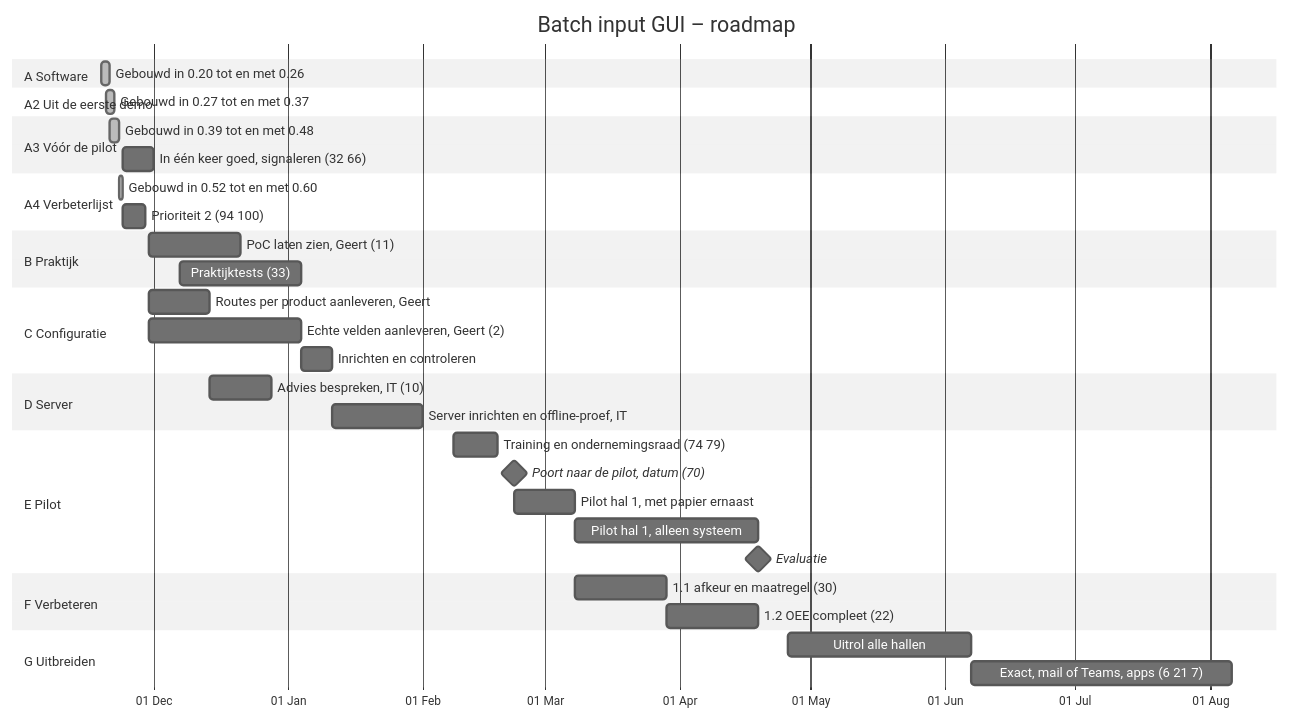
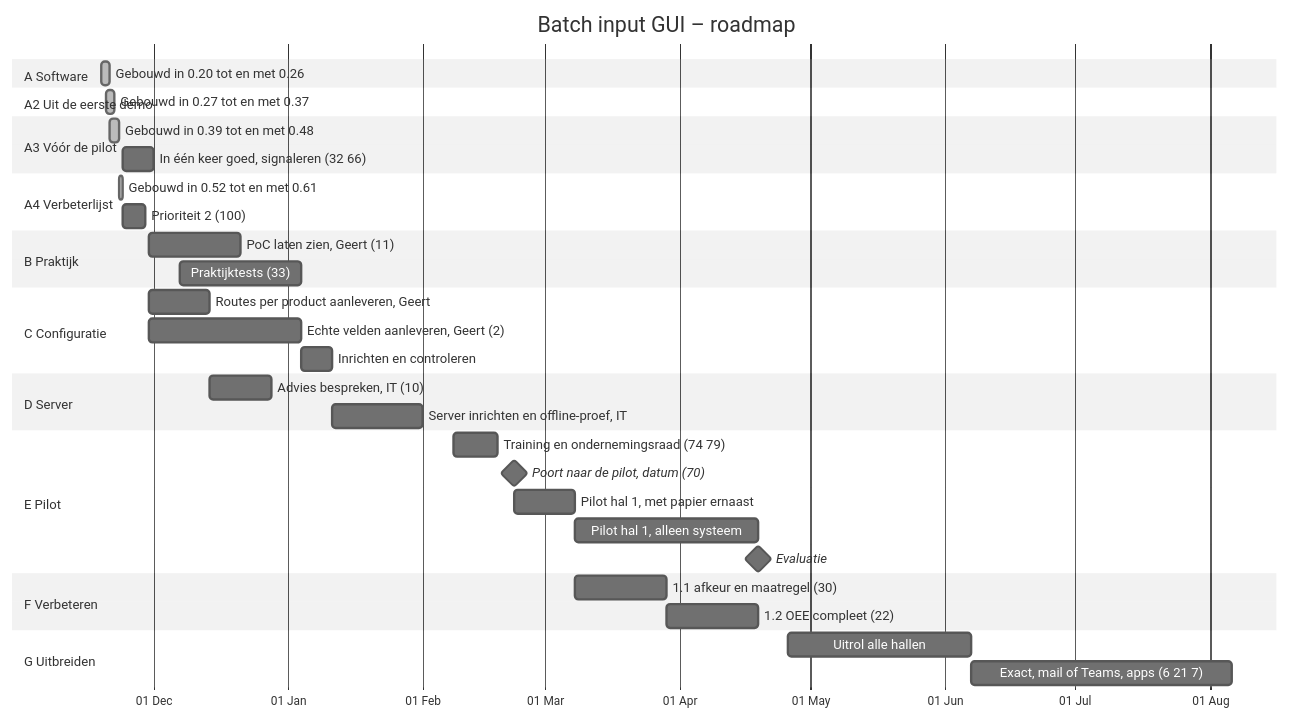
One commit to Gertjun/Manufacturing-Execution-System changed the diagram in ROADMAP.md. Above: the diagram before and after it, drawn with Mermaid (neutral theme). The commit also changed other lines of this file and 21 other files, not shown here.

````diff
--- a/ROADMAP.md
+++ b/ROADMAP.md
@@ -12,49 +12,49 @@
 ```mermaid
 gantt
     title Batch input GUI – roadmap
     dateFormat YYYY-MM-DD
     axisFormat %d %b
     todayMarker on
 
     section A Software
     Gebouwd in 0.20 tot en met 0.26          :done, a1, 2026-11-19, 2d
 
     section A2 Uit de eerste demo
     Gebouwd in 0.27 tot en met 0.37          :done, a2, 2026-11-20, 2d
 
     section A3 Vóór de pilot
     Gebouwd in 0.39 tot en met 0.48          :done, a3a, 2026-11-21, 2d
     In één keer goed, signaleren (32 66)     :a3b, 2026-11-24, 7d
 
     section A4 Verbeterlijst
-    Gebouwd in 0.52 tot en met 0.60          :done, a4g, 2026-11-23, 1d
-    Prioriteit 2 (94 100)          :a4b, 2026-11-24, 5d
+    Gebouwd in 0.52 tot en met 0.61          :done, a4g, 2026-11-23, 1d
+    Prioriteit 2 (100)          :a4b, 2026-11-24, 5d
 
     section B Praktijk
     PoC laten zien, Geert (11)               :b1, 2026-11-30, 21d
     Praktijktests (33)                       :b2, 2026-12-07, 28d
 
     section C Configuratie
     Routes per product aanleveren, Geert     :c0, 2026-11-30, 14d
     Echte velden aanleveren, Geert (2)       :c1, 2026-11-30, 35d
     Inrichten en controleren                 :c2, after c1, 7d
 
     section D Server
     Advies bespreken, IT (10)                :d1, 2026-12-14, 14d
     Server inrichten en offline-proef, IT    :d2, 2027-01-11, 21d
 
     section E Pilot
     Training en ondernemingsraad (74 79)     :e0, 2027-02-08, 10d
     Poort naar de pilot, datum (70)          :milestone, m1, 2027-02-22, 0d
     Pilot hal 1, met papier ernaast          :e1, 2027-02-22, 14d
     Pilot hal 1, alleen systeem              :e2, after e1, 42d
     Evaluatie                                :milestone, m2, 2027-04-19, 0d
 
     section F Verbeteren
     1.1 afkeur en maatregel (30)             :f1, 2027-03-08, 21d
     1.2 OEE compleet (22)                    :f2, after f1, 21d
 
     section G Uitbreiden
     Uitrol alle hallen                       :g1, 2027-04-26, 42d
     Exact, mail of Teams, apps (6 21 7)      :g2, 2027-06-07, 60d
 ```
````
